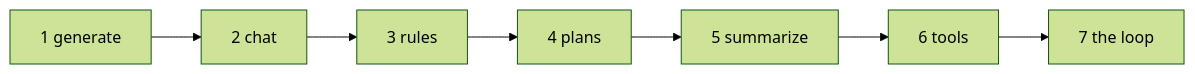
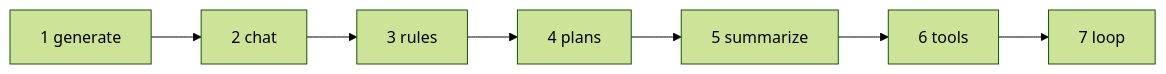
One commit to ilsasdo/its-all-about-prompting changed the first of 7 diagrams in PRESENTATION.md. Above: the diagram before and after it, drawn with Mermaid (forest theme). The commit also changed other lines of this file and 3 other files, not shown here.

Commit message:
Convert presentation to Marp slides with mermaid support

````diff
--- a/PRESENTATION.md
+++ b/PRESENTATION.md
@@ -27,9 +48,9 @@
 ```mermaid
 flowchart LR
     G[1 generate] --> C[2 chat]
     C --> R[3 rules]
     R --> P[4 plans]
     P --> S[5 summarize]
     S --> T[6 tools]
-    T --> L[7 the loop]
+    T --> L[7 loop]
 ```
````
